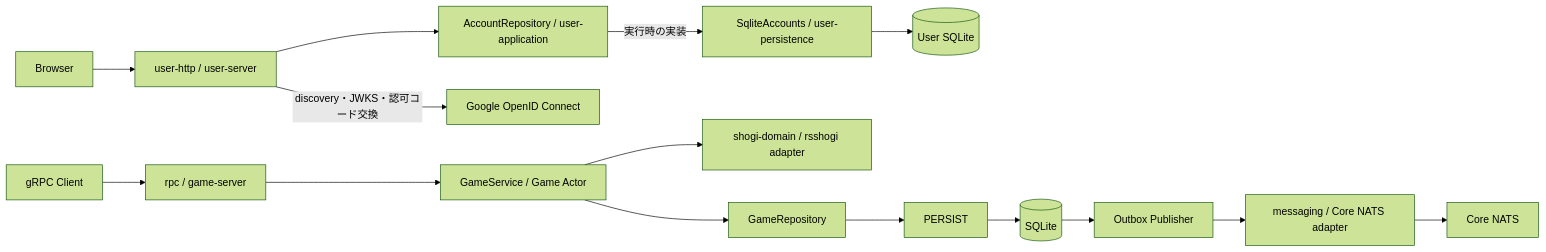
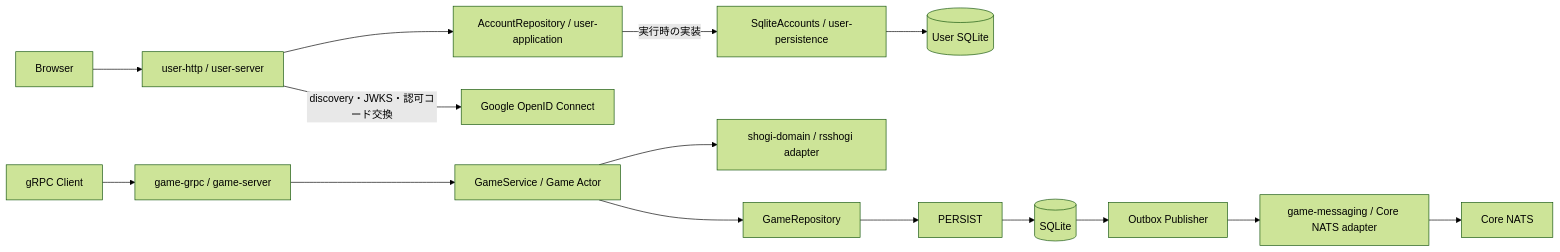
Before and after one commit to take44444/shogi-backend: the first of 6 diagrams in docs/design/architecture.md, drawn with Mermaid (forest theme). The commit also changed other lines of this file and 32 other files, not shown here.

````diff
--- a/docs/design/architecture.md
+++ b/docs/design/architecture.md
@@ -31,17 +31,17 @@
 ```mermaid
 flowchart LR
-  C[gRPC Client] --> RPC[rpc / game-server]
+  C[gRPC Client] --> RPC[game-grpc / game-server]
   WEB[Browser] --> HTTP[user-http / user-server]
   HTTP --> UR[AccountRepository / user-application]
   UR -->|実行時の実装| UP[SqliteAccounts / user-persistence]
   UP --> UDB[(User SQLite)]
   HTTP -->|discovery・JWKS・認可コード交換| GOOGLE[Google OpenID Connect]
   RPC --> APP[GameService / Game Actor]
   APP --> DOMAIN[shogi-domain / rsshogi adapter]
   APP --> GR[GameRepository]
   GR --> PERSIST
   PERSIST --> DB[(SQLite)]
   DB --> OUT[Outbox Publisher]
-  OUT --> MSG[messaging / Core NATS adapter]
+  OUT --> MSG[game-messaging / Core NATS adapter]
   MSG --> NATS[Core NATS]
 ```
````
